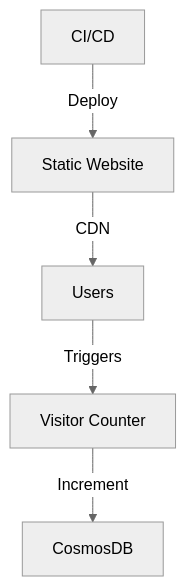
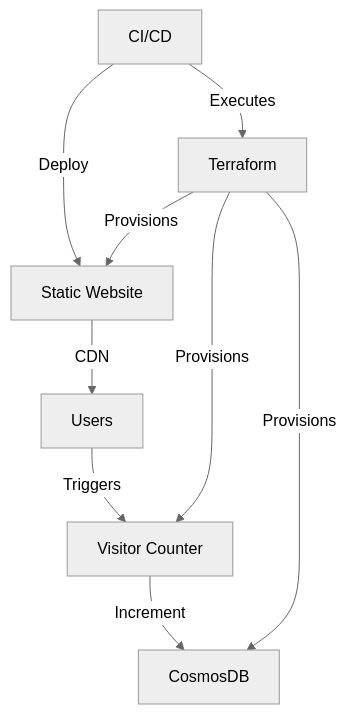
The first of 2 diagrams in README.md (saddavi/Talha-CloudResumeChallenge), drawn with Mermaid (neutral theme) before and after one commit. The commit also changed other lines of this file, not shown here.

Commit message:
Update README with comprehensive Terraform implementation details

````diff
--- a/README.md
+++ b/README.md
@@ -77,7 +80,11 @@
 ```mermaid
 graph TD
     A[Static Website] -->|CDN| B[Users]
     B -->|Triggers| C[Visitor Counter]
     C -->|Increment| D[CosmosDB]
     E[CI/CD] -->|Deploy| A
+    F[Terraform] -->|Provisions| A
+    F -->|Provisions| C
+    F -->|Provisions| D
+    E -->|Executes| F
 ```
````
